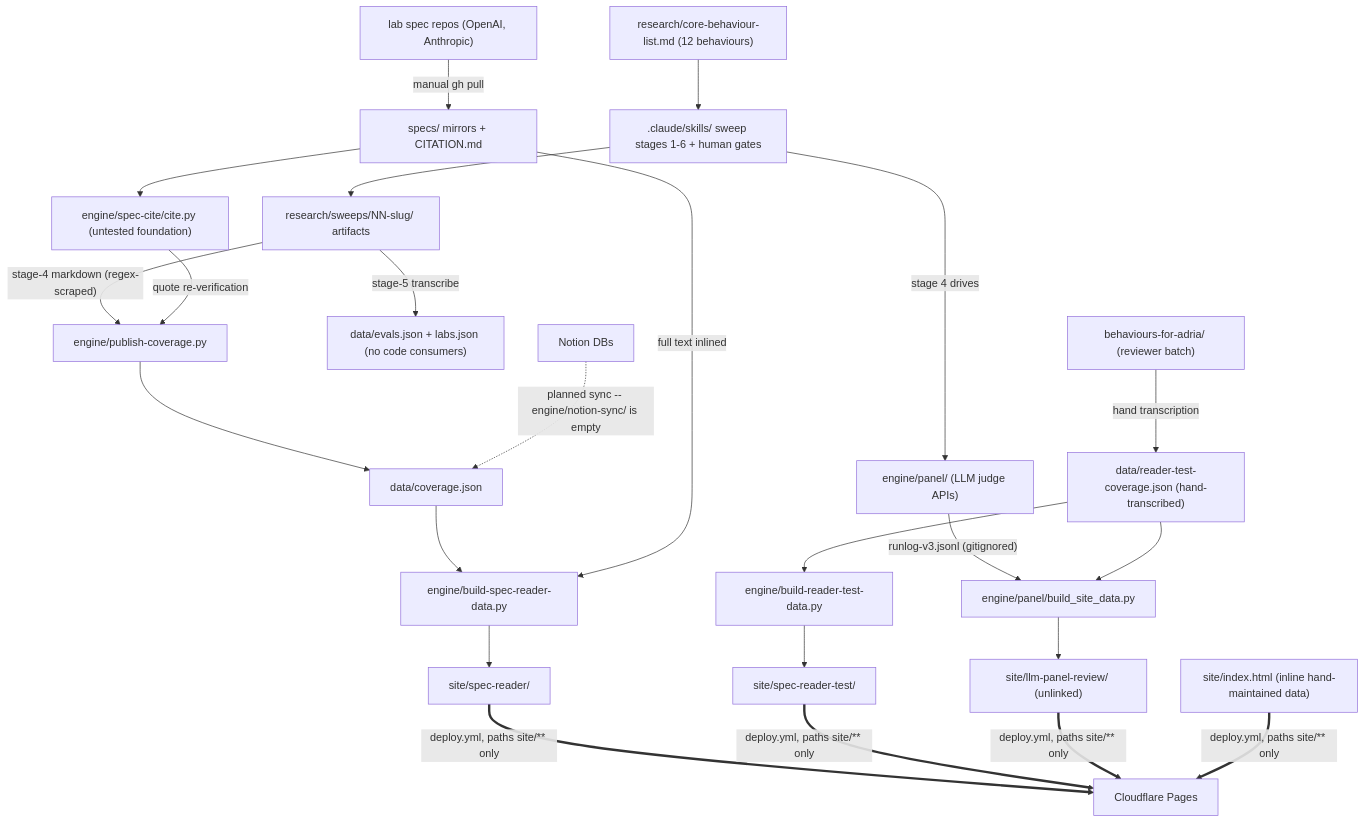
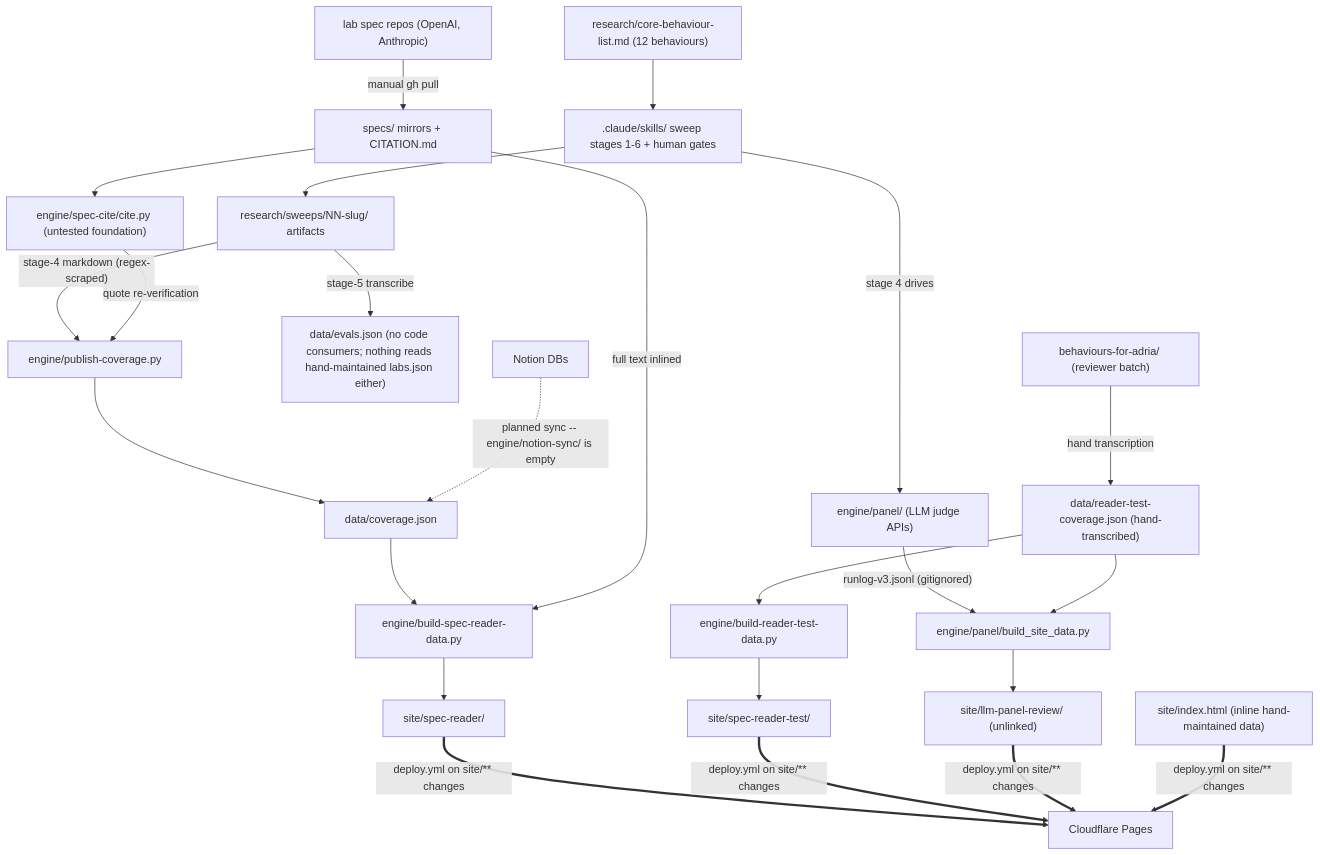
One commit to AndresCotton/ai-character-index changed the diagram in SYSTEM.md. Above: the diagram before and after it, drawn with Mermaid. The commit also changed other lines of this file and 16 other files, not shown here.

````diff
--- a/SYSTEM.md
+++ b/SYSTEM.md
@@ -13,24 +13,24 @@
 ```mermaid
 graph TB
   upstream["lab spec repos (OpenAI, Anthropic)"] -->|"manual gh pull"| specs["specs/ mirrors + CITATION.md"]
   specs --> cite["engine/spec-cite/cite.py (untested foundation)"]
   core["research/core-behaviour-list.md (12 behaviours)"] --> skills[".claude/skills/ sweep stages 1-6 + human gates"]
   skills --> sweeps["research/sweeps/NN-slug/ artifacts"]
   skills -->|"stage 4 drives"| panel["engine/panel/ (LLM judge APIs)"]
   sweeps -->|"stage-4 markdown (regex-scraped)"| pub["engine/publish-coverage.py"]
   cite -->|"quote re-verification"| pub
   pub --> cov["data/coverage.json"]
-  sweeps -->|"stage-5 transcribe"| unused["data/evals.json + labs.json (no code consumers)"]
+  sweeps -->|"stage-5 transcribe"| unused["data/evals.json (no code consumers; nothing reads hand-maintained labs.json either)"]
   panel -->|"runlog-v3.jsonl (gitignored)"| bsd["engine/panel/build_site_data.py"]
   rtc["data/reader-test-coverage.json (hand-transcribed)"] --> bsd
   rtc --> brt["engine/build-reader-test-data.py"]
   cov --> bsr["engine/build-spec-reader-data.py"]
   specs -->|"full text inlined"| bsr
   bsr --> reader["site/spec-reader/"]
   brt --> bench["site/spec-reader-test/"]
   bsd --> panelview["site/llm-panel-review/ (unlinked)"]
   adria["behaviours-for-adria/ (reviewer batch)"] -->|"hand transcription"| rtc
   proto["site/index.html (inline hand-maintained data)"]
-  reader & bench & panelview & proto ==>|"deploy.yml, paths site/** only"| cf["Cloudflare Pages"]
+  reader & bench & panelview & proto ==>|"deploy.yml on site/** changes"| cf["Cloudflare Pages"]
   notion["Notion DBs"] -.->|"planned sync -- engine/notion-sync/ is empty"| cov
 ```
````
